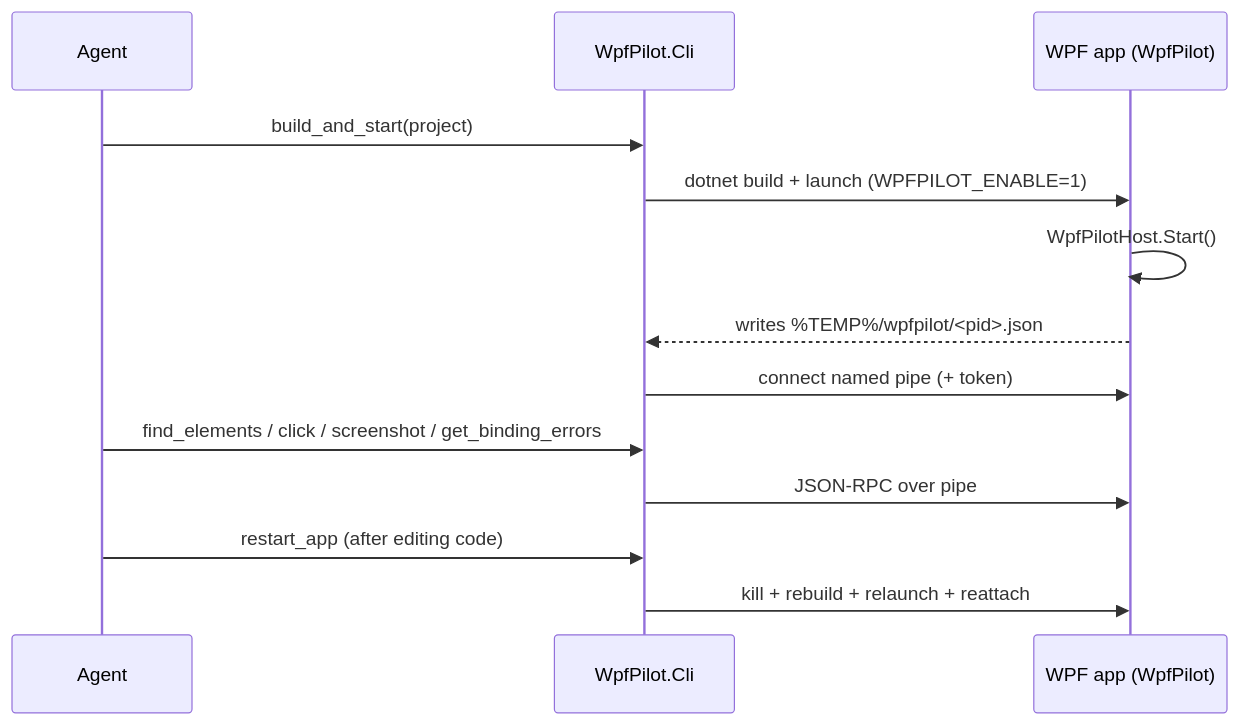
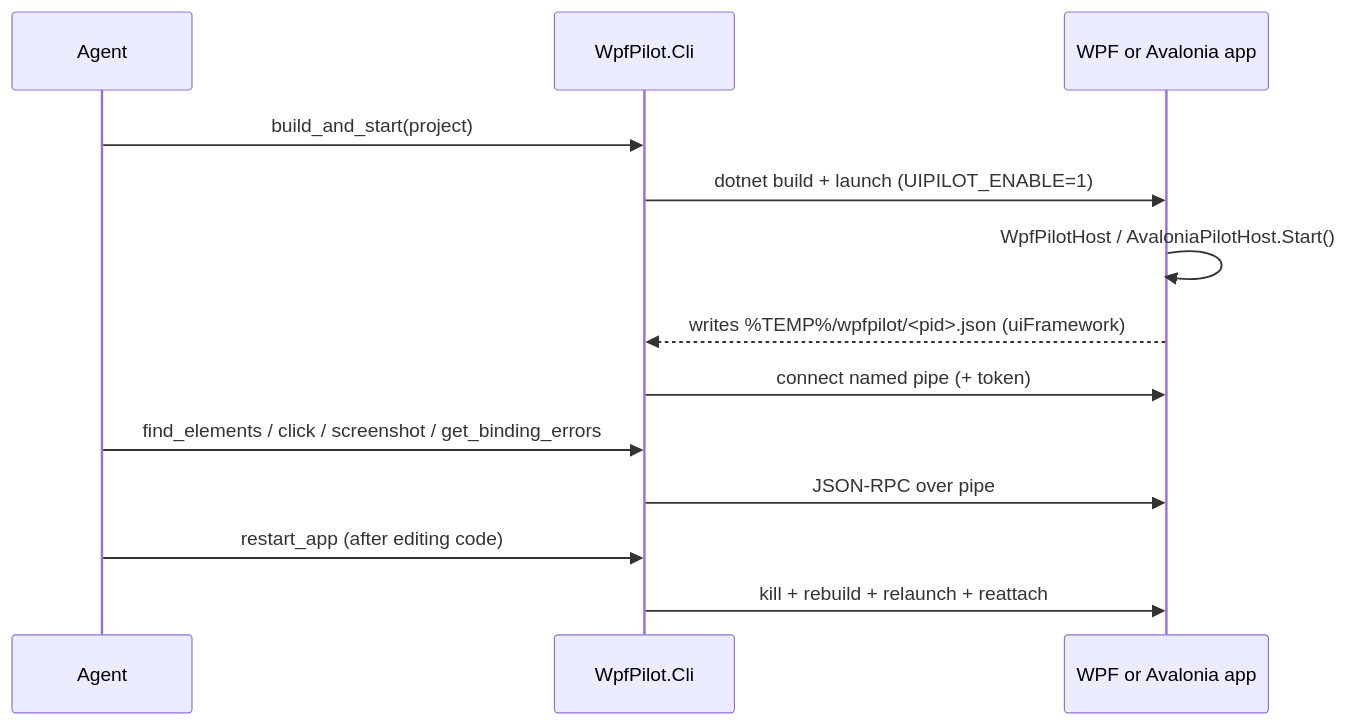
The diagram in docs/01-overview.md (sivak1982/UiPilot), drawn with Mermaid before and after one commit. The commit also changed other lines of this file and 55 other files, not shown here.

First line of the commit message:
Make WpfPilot generic for Avalonia via shared Core + AvaloniaPilot (#1)

````diff
--- a/docs/01-overview.md
+++ b/docs/01-overview.md
@@ -23,15 +26,15 @@
 ```mermaid
 sequenceDiagram
   participant Agent
   participant Cli as WpfPilot.Cli
-  participant App as WPF app (WpfPilot)
+  participant App as WPF or Avalonia app
   Agent->>Cli: build_and_start(project)
-  Cli->>App: dotnet build + launch (WPFPILOT_ENABLE=1)
-  App->>App: WpfPilotHost.Start()
-  App-->>Cli: writes %TEMP%/wpfpilot/<pid>.json
+  Cli->>App: dotnet build + launch (UIPILOT_ENABLE=1)
+  App->>App: WpfPilotHost / AvaloniaPilotHost.Start()
+  App-->>Cli: writes %TEMP%/wpfpilot/<pid>.json (uiFramework)
   Cli->>App: connect named pipe (+ token)
   Agent->>Cli: find_elements / click / screenshot / get_binding_errors
   Cli->>App: JSON-RPC over pipe
   Agent->>Cli: restart_app (after editing code)
   Cli->>App: kill + rebuild + relaunch + reattach
 ```
````
